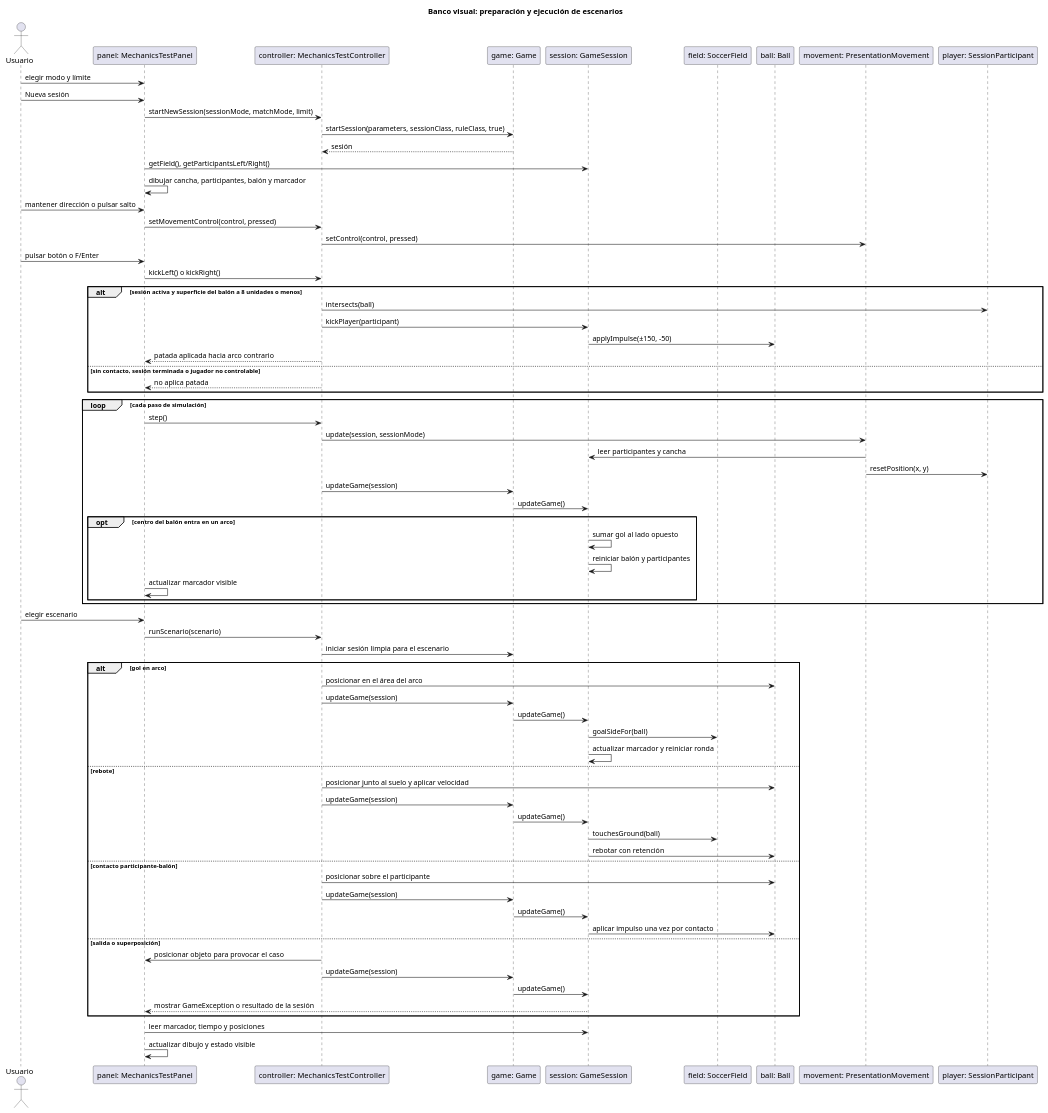
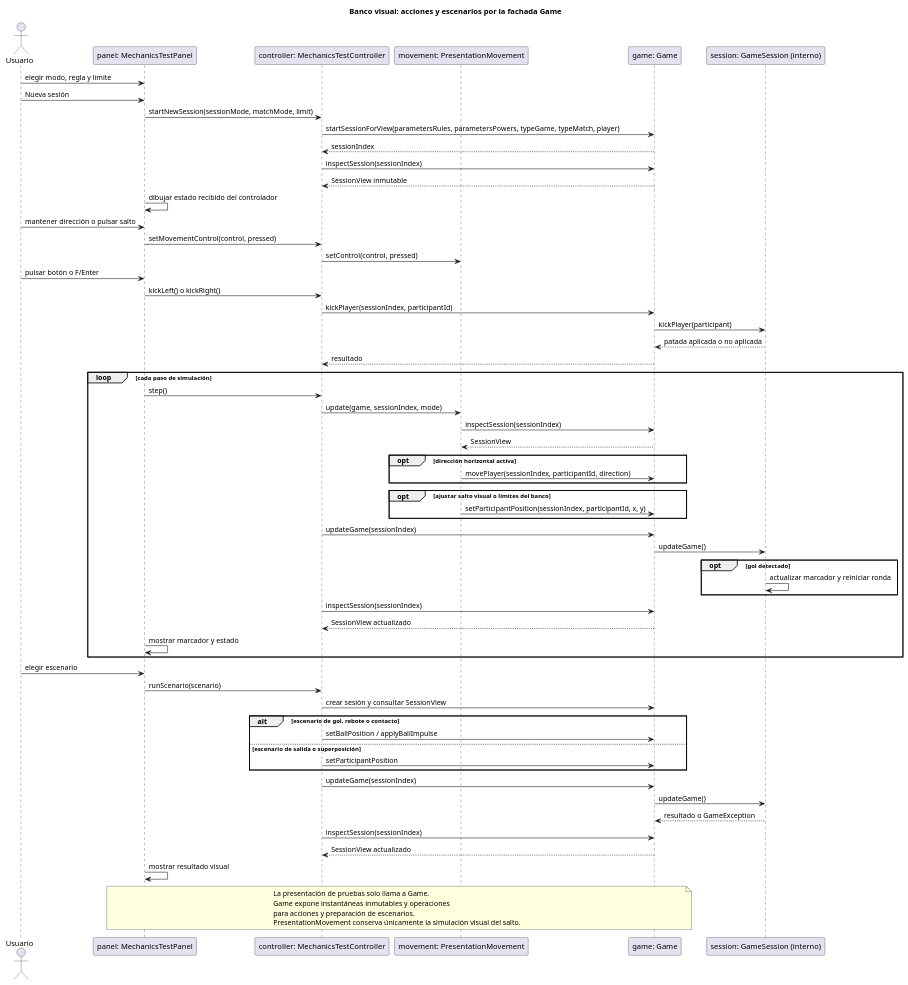
One commit to PaglkG/ProyectoFinal-Dopo changed the diagram in docs/uml/mechanics-test-sequence.puml. Above: the diagram before and after it, drawn with PlantUML. The commit also changed 59 other files, not shown here.

Commit message:
Implementa patadas con daño y aturdimiento, persistencia de estadísticas y poderes, amplía las pruebas y el banco visual, y muestra todas las hitboxes

```diff
--- a/docs/uml/mechanics-test-sequence.puml
+++ b/docs/uml/mechanics-test-sequence.puml
@@ -1,76 +1,71 @@
 @startuml
-title Banco visual: preparación y ejecución de escenarios
+title Banco visual: acciones y escenarios por la fachada Game
 actor Usuario
 participant "panel: MechanicsTestPanel" as P
 participant "controller: MechanicsTestController" as C
+participant "movement: PresentationMovement" as M
 participant "game: Game" as G
-participant "session: GameSession" as S
-participant "field: SoccerField" as F
-participant "ball: Ball" as B
-participant "movement: PresentationMovement" as M
-participant "player: SessionParticipant" as U
+participant "session: GameSession (interno)" as S
 
-Usuario -> P: elegir modo y límite
+Usuario -> P: elegir modo, regla y límite
 Usuario -> P: Nueva sesión
 P -> C: startNewSession(sessionMode, matchMode, limit)
-C -> G: startSession(parameters, sessionClass, ruleClass, true)
-G --> C: sesión
-P -> S: getField(), getParticipantsLeft/Right()
-P -> P: dibujar cancha, participantes, balón y marcador
+C -> G: startSessionForView(parametersRules, parametersPowers, typeGame, typeMatch, player)
+G --> C: sessionIndex
+C -> G: inspectSession(sessionIndex)
+G --> C: SessionView inmutable
+P -> P: dibujar estado recibido del controlador
 
 Usuario -> P: mantener dirección o pulsar salto
 P -> C: setMovementControl(control, pressed)
 C -> M: setControl(control, pressed)
 Usuario -> P: pulsar botón o F/Enter
 P -> C: kickLeft() o kickRight()
-alt sesión activa y superficie del balón a 8 unidades o menos
-  C -> U: intersects(ball)
-  C -> S: kickPlayer(participant)
-  S -> B: applyImpulse(±150, -50)
-  C --> P: patada aplicada hacia arco contrario
-else sin contacto, sesión terminada o jugador no controlable
-  C --> P: no aplica patada
-end
+C -> G: kickPlayer(sessionIndex, participantId)
+G -> S: kickPlayer(participant)
+S --> G: patada aplicada o no aplicada
+G --> C: resultado
+
 loop cada paso de simulación
   P -> C: step()
-  C -> M: update(session, sessionMode)
-  M -> S: leer participantes y cancha
-  M -> U: resetPosition(x, y)
-  C -> G: updateGame(session)
+  C -> M: update(game, sessionIndex, mode)
+  M -> G: inspectSession(sessionIndex)
+  G --> M: SessionView
+  opt dirección horizontal activa
+    M -> G: movePlayer(sessionIndex, participantId, direction)
+  end
+  opt ajustar salto visual o límites del banco
+    M -> G: setParticipantPosition(sessionIndex, participantId, x, y)
+  end
+  C -> G: updateGame(sessionIndex)
   G -> S: updateGame()
-  opt centro del balón entra en un arco
-    S -> S: sumar gol al lado opuesto
-    S -> S: reiniciar balón y participantes
-    P -> P: actualizar marcador visible
+  opt gol detectado
+    S -> S: actualizar marcador y reiniciar ronda
   end
+  C -> G: inspectSession(sessionIndex)
+  G --> C: SessionView actualizado
+  P -> P: mostrar marcador y estado
 end
 
 Usuario -> P: elegir escenario
 P -> C: runScenario(scenario)
-C -> G: iniciar sesión limpia para el escenario
-alt gol en arco
-  C -> B: posicionar en el área del arco
-  C -> G: updateGame(session)
-  G -> S: updateGame()
-  S -> F: goalSideFor(ball)
-  S -> S: actualizar marcador y reiniciar ronda
-else rebote
-  C -> B: posicionar junto al suelo y aplicar velocidad
-  C -> G: updateGame(session)
-  G -> S: updateGame()
-  S -> F: touchesGround(ball)
-  S -> B: rebotar con retención
-else contacto participante-balón
-  C -> B: posicionar sobre el participante
-  C -> G: updateGame(session)
-  G -> S: updateGame()
-  S -> B: aplicar impulso una vez por contacto
-else salida o superposición
-  C -> P: posicionar objeto para provocar el caso
-  C -> G: updateGame(session)
-  G -> S: updateGame()
-  S --> P: mostrar GameException o resultado de la sesión
+C -> G: crear sesión y consultar SessionView
+alt escenario de gol, rebote o contacto
+  C -> G: setBallPosition / applyBallImpulse
+else escenario de salida o superposición
+  C -> G: setParticipantPosition
 end
-P -> S: leer marcador, tiempo y posiciones
-P -> P: actualizar dibujo y estado visible
+C -> G: updateGame(sessionIndex)
+G -> S: updateGame()
+S --> G: resultado o GameException
+C -> G: inspectSession(sessionIndex)
+G --> C: SessionView actualizado
+P -> P: mostrar resultado visual
+
+note over P,G
+  La presentación de pruebas solo llama a Game.
+  Game expone instantáneas inmutables y operaciones
+  para acciones y preparación de escenarios.
+  PresentationMovement conserva únicamente la simulación visual del salto.
+end note
 @enduml
```
